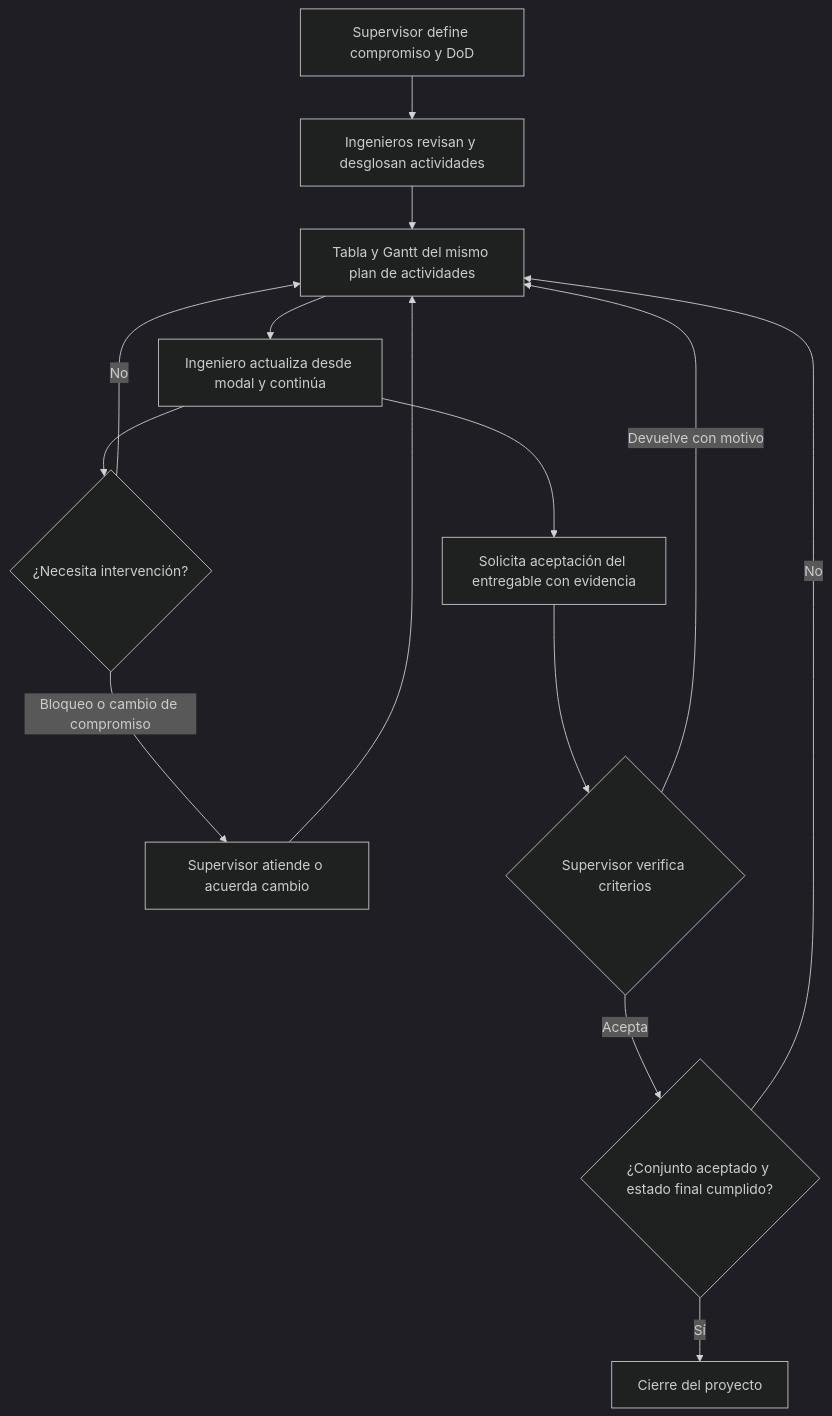
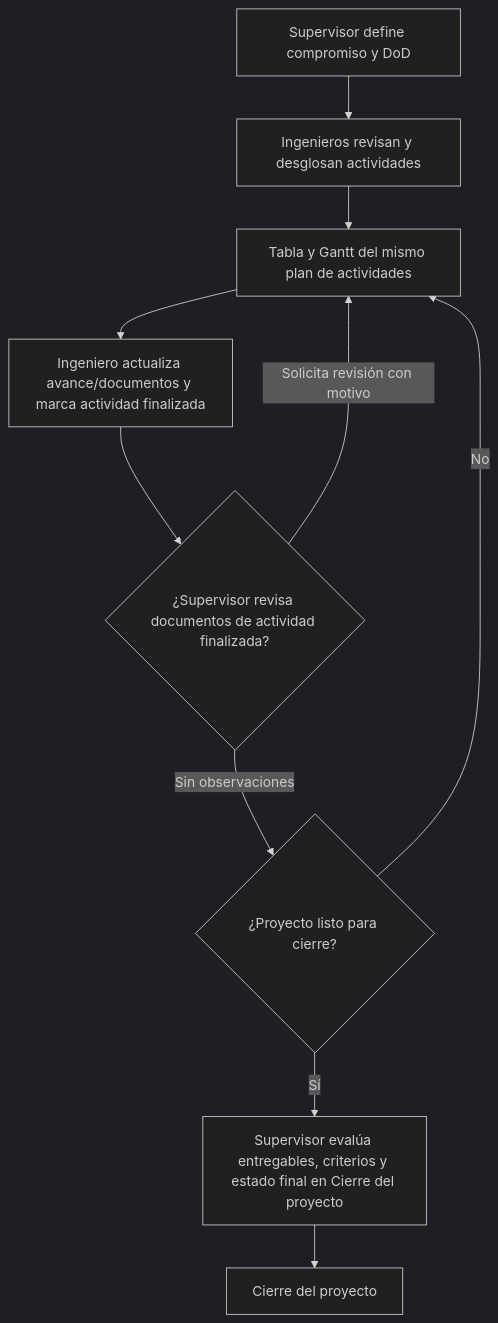
The diagram in docs/product/catalogo-modulos.md (CaptisOficial/easyfab), drawn with Mermaid (dark theme) before and after one commit. The commit also changed other lines of this file and 45 other files, not shown here.

````diff
--- a/docs/product/catalogo-modulos.md
+++ b/docs/product/catalogo-modulos.md
@@ -125,16 +137,12 @@
 ```mermaid
 flowchart TD
     A[Supervisor define compromiso y DoD] --> B[Ingenieros revisan y desglosan actividades]
     B --> C[Tabla y Gantt del mismo plan de actividades]
-    C --> D[Ingeniero actualiza desde modal y continúa]
-    D --> E{¿Necesita intervención?}
-    E -- No --> C
-    E -- Bloqueo o cambio de compromiso --> F[Supervisor atiende o acuerda cambio]
-    F --> C
-    D --> G[Solicita aceptación del entregable con evidencia]
-    G --> H{Supervisor verifica criterios}
-    H -- Devuelve con motivo --> C
-    H -- Acepta --> I{¿Conjunto aceptado y estado final cumplido?}
-    I -- No --> C
-    I -- Sí --> J[Cierre del proyecto]
+    C --> D[Ingeniero actualiza avance/documentos y marca actividad finalizada]
+    D --> E{¿Supervisor revisa documentos de actividad finalizada?}
+    E -- Solicita revisión con motivo --> C
+    E -- Sin observaciones --> F{¿Proyecto listo para cierre?}
+    F -- No --> C
+    F -- Sí --> G[Supervisor evalúa entregables, criterios y estado final en Cierre del proyecto]
+    G --> H[Cierre del proyecto]
 ```
````
